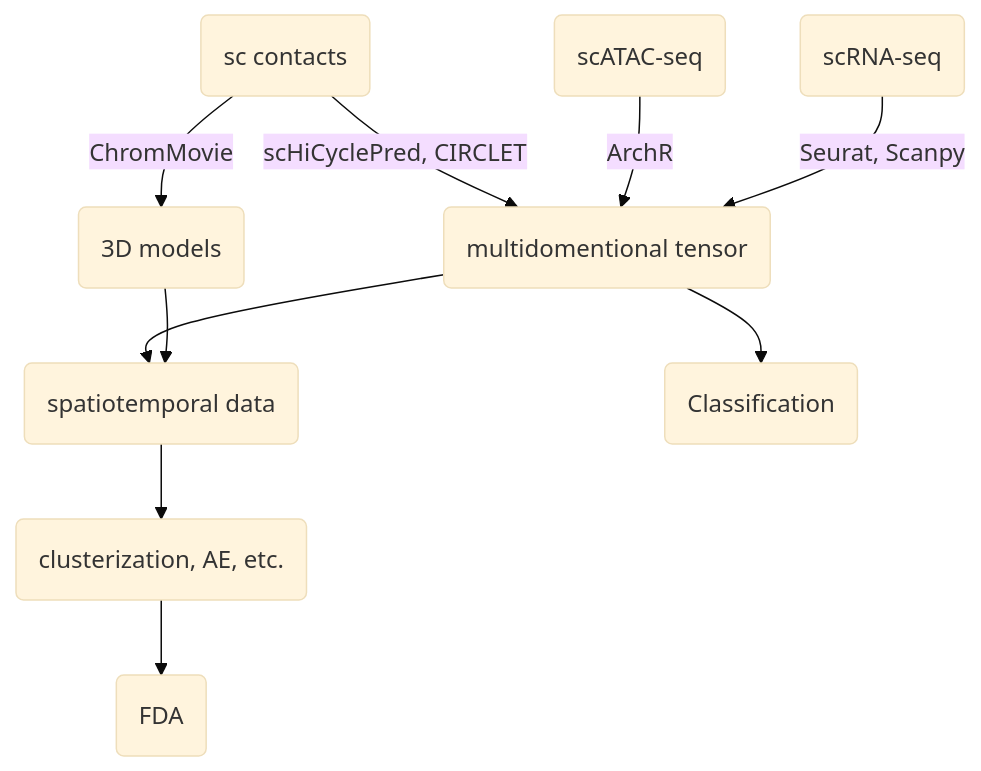
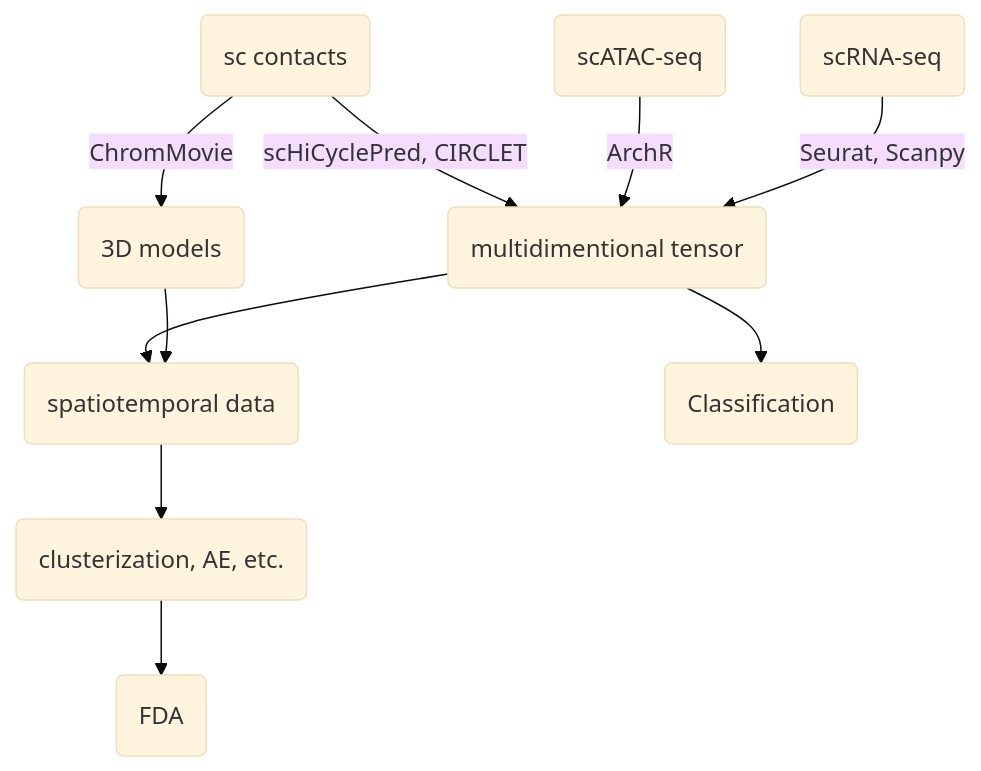
The diagram in README.md (SFGLab/Team8_PhaseSpecific_Chromatin_Changes), drawn with Mermaid (base theme) before and after one commit. The commit also changed other lines of this file, not shown here.

````diff
--- a/README.md
+++ b/README.md
@@ -5,12 +16,12 @@
 ```mermaid
 graph TD;
-    RNA(scRNA-seq)-->|Seurat, Scanpy|T(multidomentional tensor);
+    RNA(scRNA-seq)-->|Seurat, Scanpy|T(multidimentional tensor);
     ATAC(scATAC-seq)-->|ArchR|T;
     HiC(sc contacts)-->|scHiCyclePred, CIRCLET|T;
     HiC(sc contacts)-->|ChromMovie|3D(3D models);
     3D-->STdata(spatiotemporal data);
     T-->STdata;
     T-->classification(Classification);
     STdata-->Cluster(clusterization, AE, etc.);
     Cluster-->FDA(FDA);
 ```
````
